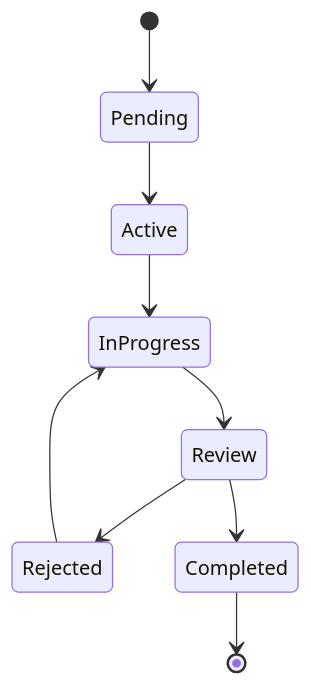
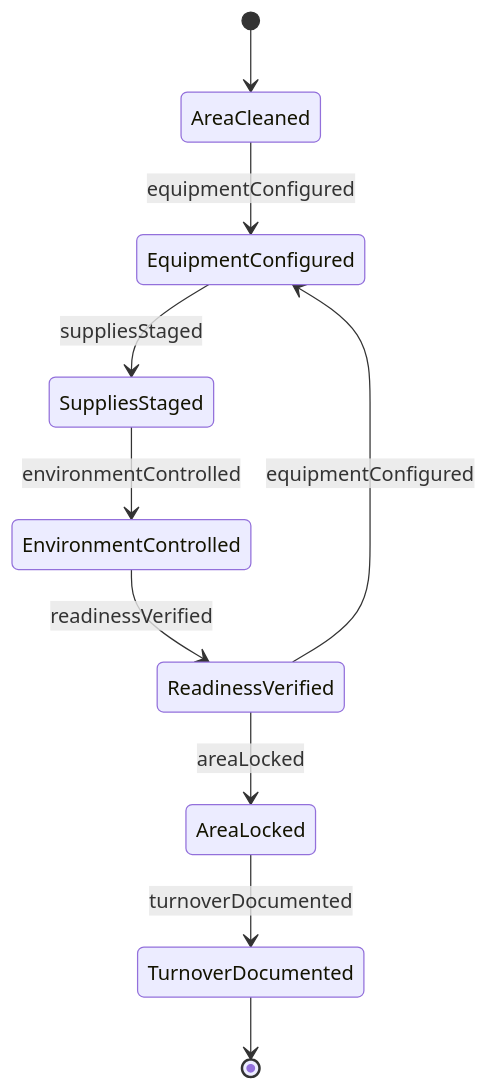
Before and after one commit to dot-org-ai/tasks.org.ai: the second of 4 diagrams in HandlingAndMovingObjects/PrepareMedicalEquipmentOrWorkAreasForUse/PreparePatientTreatmentAreasUse.mdx, drawn with Mermaid. The commit also changed other lines of this file and 515 other files, not shown here.

````diff
--- a/HandlingAndMovingObjects/PrepareMedicalEquipmentOrWorkAreasForUse/PreparePatientTreatmentAreasUse.mdx
+++ b/HandlingAndMovingObjects/PrepareMedicalEquipmentOrWorkAreasForUse/PreparePatientTreatmentAreasUse.mdx
@@ -99,11 +99,12 @@
 ```mermaid
 stateDiagram-v2
-    [*] --> Pending
-    Pending --> Active
-    Active --> InProgress
-    InProgress --> Review
-    Review --> Rejected
-    Rejected --> InProgress
-    Review --> Completed
-    Completed --> [*]
+    [*] --> AreaCleaned
+    AreaCleaned --> EquipmentConfigured : equipmentConfigured
+    EquipmentConfigured --> SuppliesStaged : suppliesStaged
+    SuppliesStaged --> EnvironmentControlled : environmentControlled
+    EnvironmentControlled --> ReadinessVerified : readinessVerified
+    ReadinessVerified --> EquipmentConfigured : equipmentConfigured
+    ReadinessVerified --> AreaLocked : areaLocked
+    AreaLocked --> TurnoverDocumented : turnoverDocumented
+    TurnoverDocumented --> [*]
 ```
````
